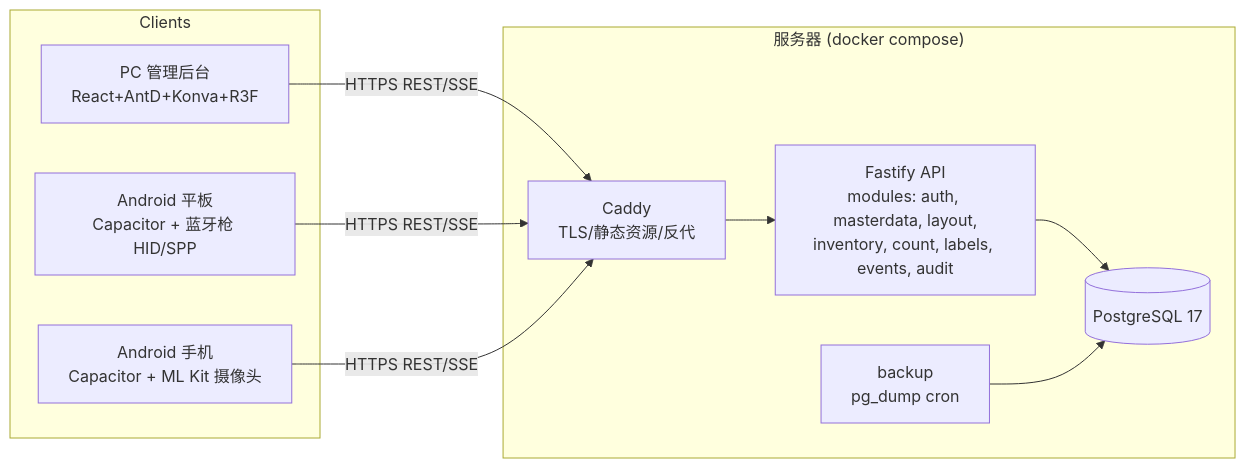
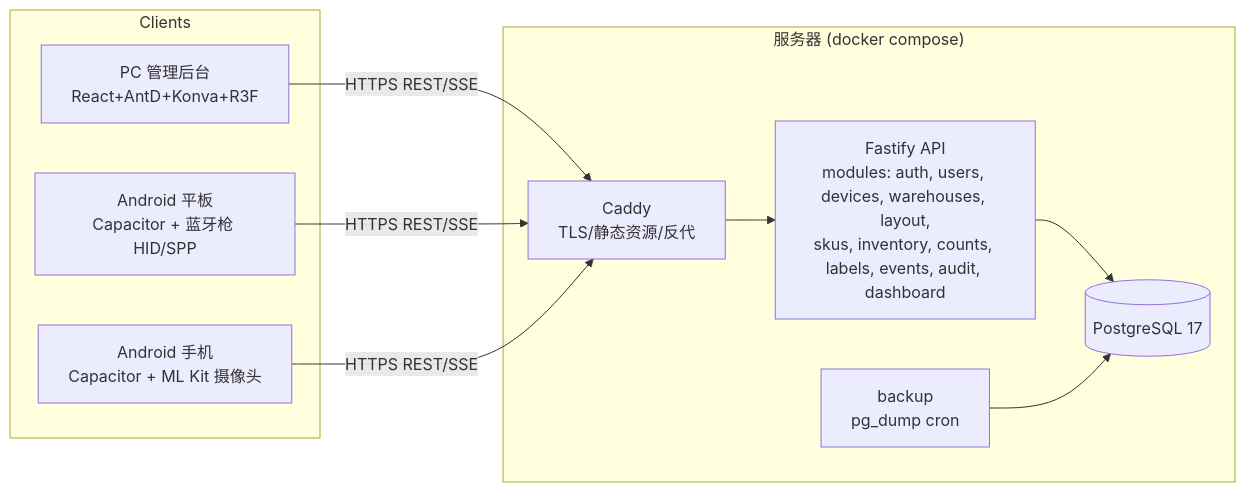
One commit to leiseek/wms3d changed the first of 2 diagrams in docs/01-architecture.md. Above: the diagram before and after it, drawn with Mermaid. The commit also changed other lines of this file and 3 other files, not shown here.

Commit message:
docs(v2): domain model & API — aisle-level bay coding, coordinate conventions, PG-safe idempotency, lock order, count-at-submit, warehouse scoping, SSE/CORS, pinned versions

````diff
--- a/docs/01-architecture.md
+++ b/docs/01-architecture.md
@@ -19,19 +20,19 @@
 ```mermaid
 flowchart LR
   subgraph Clients
     A[PC 管理后台<br/>React+AntD+Konva+R3F]
     T[Android 平板<br/>Capacitor + 蓝牙枪 HID/SPP]
     P[Android 手机<br/>Capacitor + ML Kit 摄像头]
   end
   subgraph Server["服务器 (docker compose)"]
     C[Caddy<br/>TLS/静态资源/反代]
-    API[Fastify API<br/>modules: auth, masterdata, layout,<br/>inventory, count, labels, events, audit]
+    API[Fastify API<br/>modules: auth, users, devices, warehouses, layout,<br/>skus, inventory, counts, labels, events, audit, dashboard]
     DB[(PostgreSQL 17)]
     BK[backup<br/>pg_dump cron]
   end
   A -- HTTPS REST/SSE --> C
   T -- HTTPS REST/SSE --> C
   P -- HTTPS REST/SSE --> C
   C --> API --> DB
   BK --> DB
 ```
````
